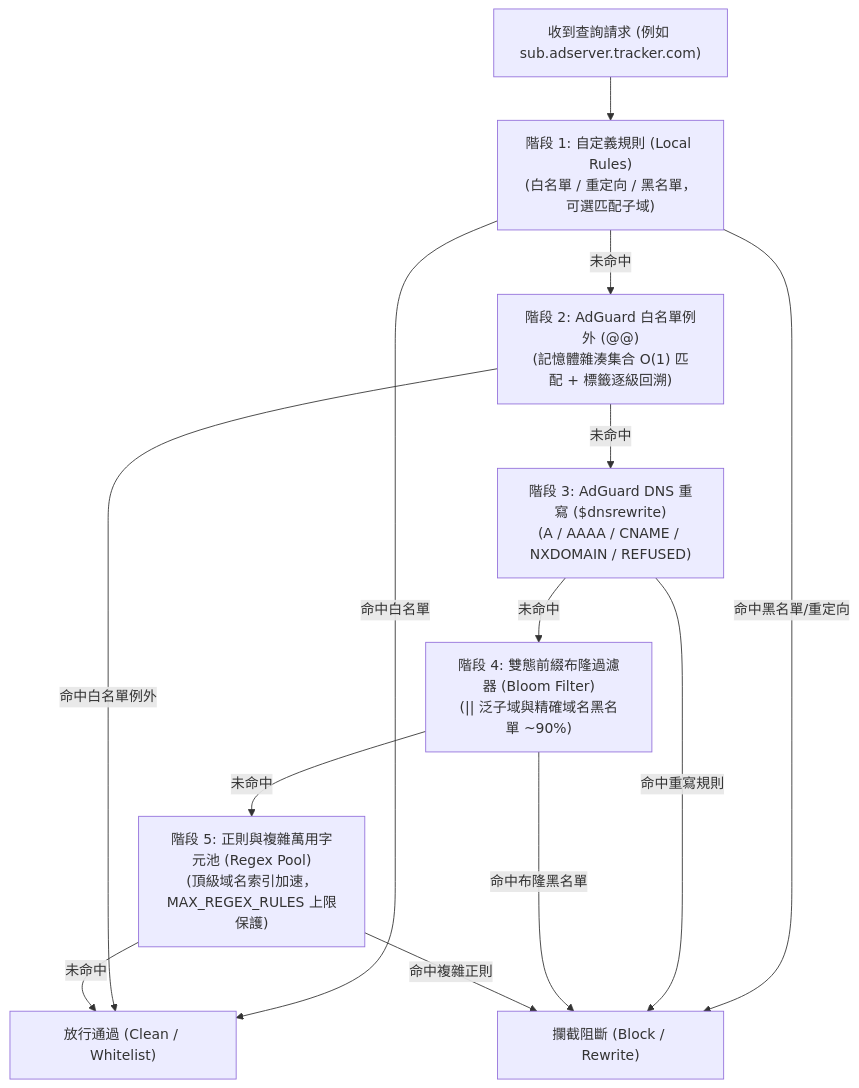
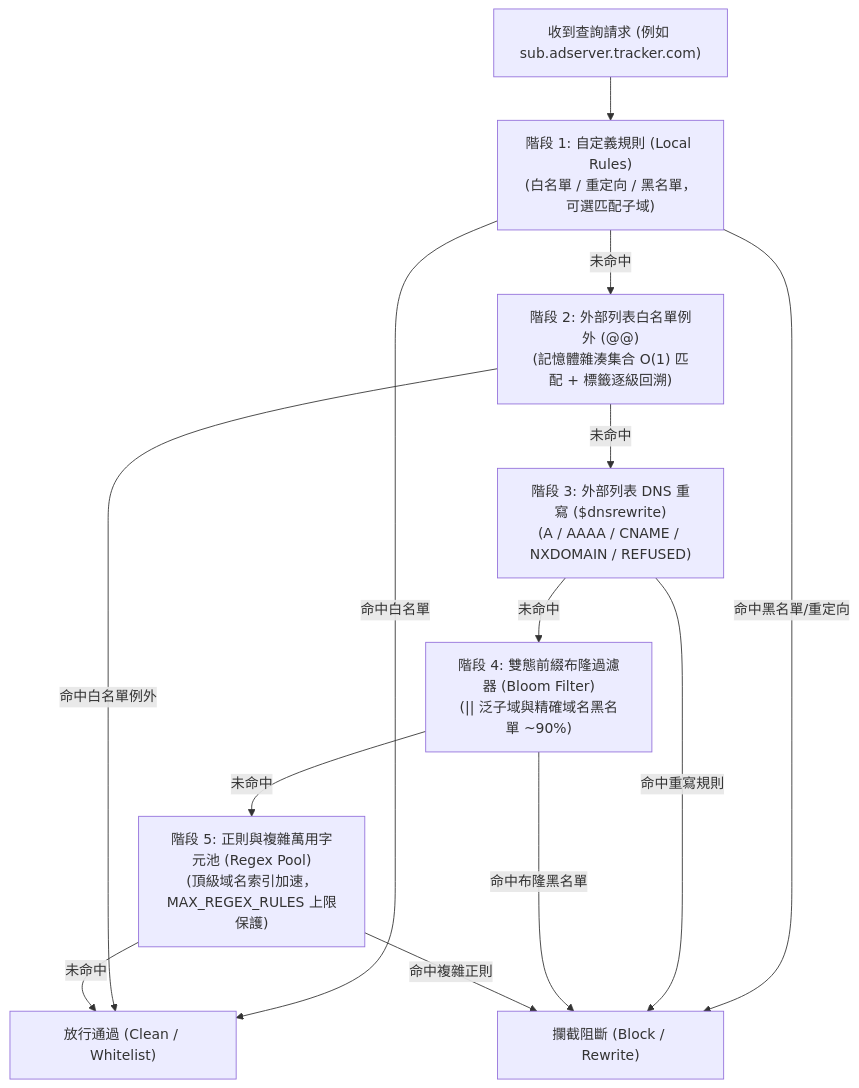
The diagram in docs/src/content/docs/zh-tw/filtering/rules.mdx (Obein/DNS-Worker), drawn with Mermaid before and after one commit. The commit also changed other lines of this file and 17 other files, not shown here.

````diff
--- a/docs/src/content/docs/zh-tw/filtering/rules.mdx
+++ b/docs/src/content/docs/zh-tw/filtering/rules.mdx
@@ -104,28 +104,28 @@
 ```mermaid
 flowchart TD
     REQ["收到查詢請求 (例如 sub.adserver.tracker.com)"]
     L1["階段 1: 自定義規則 (Local Rules)<br/>(白名單 / 重定向 / 黑名單，可選匹配子域)"]
-    L2["階段 2: AdGuard 白名單例外 (@@)<br/>(記憶體雜湊集合 O(1) 匹配 + 標籤逐級回溯)"]
-    L3["階段 3: AdGuard DNS 重寫 ($dnsrewrite)<br/>(A / AAAA / CNAME / NXDOMAIN / REFUSED)"]
+    L2["階段 2: 外部列表白名單例外 (@@)<br/>(記憶體雜湊集合 O(1) 匹配 + 標籤逐級回溯)"]
+    L3["階段 3: 外部列表 DNS 重寫 ($dnsrewrite)<br/>(A / AAAA / CNAME / NXDOMAIN / REFUSED)"]
     L4["階段 4: 雙態前綴布隆過濾器 (Bloom Filter)<br/>(|| 泛子域與精確域名黑名單 ~90%)"]
     L5["階段 5: 正則與複雜萬用字元池 (Regex Pool)<br/>(頂級域名索引加速，MAX_REGEX_RULES 上限保護)"]
     PASS["放行通過 (Clean / Whitelist)"]
     BLOCK["攔截阻斷 (Block / Rewrite)"]
 
     REQ --> L1
     L1 -->|命中白名單| PASS
     L1 -->|命中黑名單/重定向| BLOCK
     L1 -->|未命中| L2
 
     L2 -->|命中白名單例外| PASS
     L2 -->|未命中| L3
 
     L3 -->|命中重寫規則| BLOCK
     L3 -->|未命中| L4
 
     L4 -->|命中布隆黑名單| BLOCK
     L4 -->|未命中| L5
 
     L5 -->|命中複雜正則| BLOCK
     L5 -->|未命中| PASS
 ```
````
